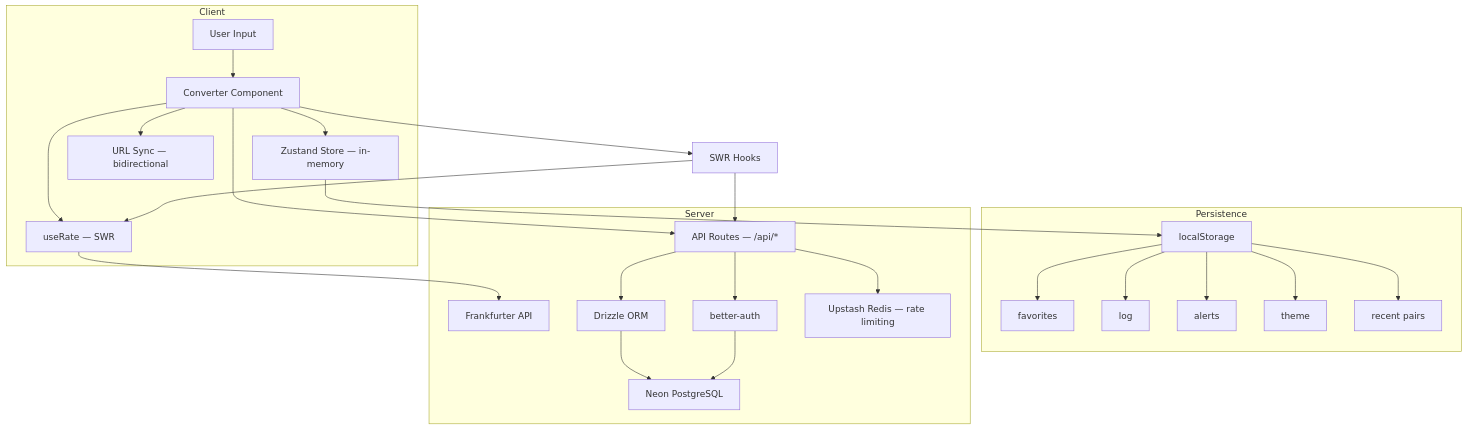
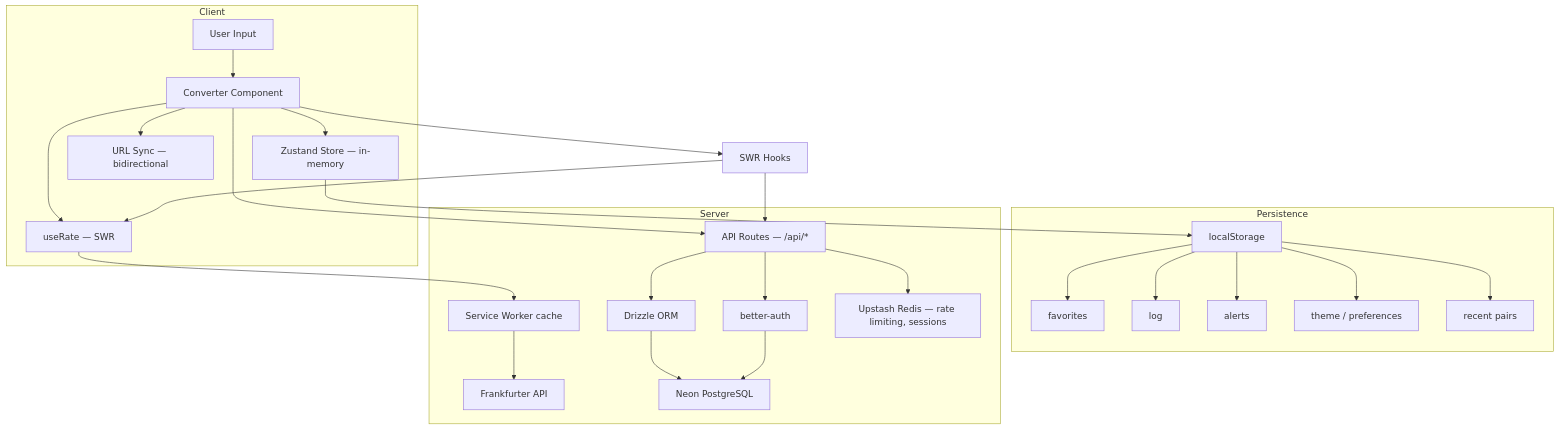
One commit to SouleymaneSy7/fem-fx-checker-hackaton changed the diagram in README.md. Above: the diagram before and after it, drawn with Mermaid. The commit also changed other lines of this file and 18 other files, not shown here.

````diff
--- a/README.md
+++ b/README.md
@@ -320,32 +364,33 @@
 ```mermaid
 flowchart TB
     subgraph Client
         A[User Input] --> B[Converter Component]
         B --> C[useRate — SWR]
         B --> D[Zustand Store — in-memory]
         B --> E[URL Sync — bidirectional]
     end
 
     subgraph Persistence
         D --> F[localStorage]
         F --> G[favorites]
         F --> H[log]
         F --> I[alerts]
-        F --> J[theme]
+        F --> J[theme / preferences]
         F --> K[recent pairs]
     end
 
     subgraph Server
-        C --> L[Frankfurter API]
+        C --> SW[Service Worker cache]
+        SW --> L[Frankfurter API]
         B --> M[API Routes — /api/*]
         M --> N[Drizzle ORM]
         N --> O[Neon PostgreSQL]
         M --> P[better-auth]
         P --> O
-        M --> Q[Upstash Redis — rate limiting]
+        M --> Q[Upstash Redis — rate limiting, sessions]
     end
 
     B --> R[SWR Hooks]
     R --> C
     R --> M
 ```
````
